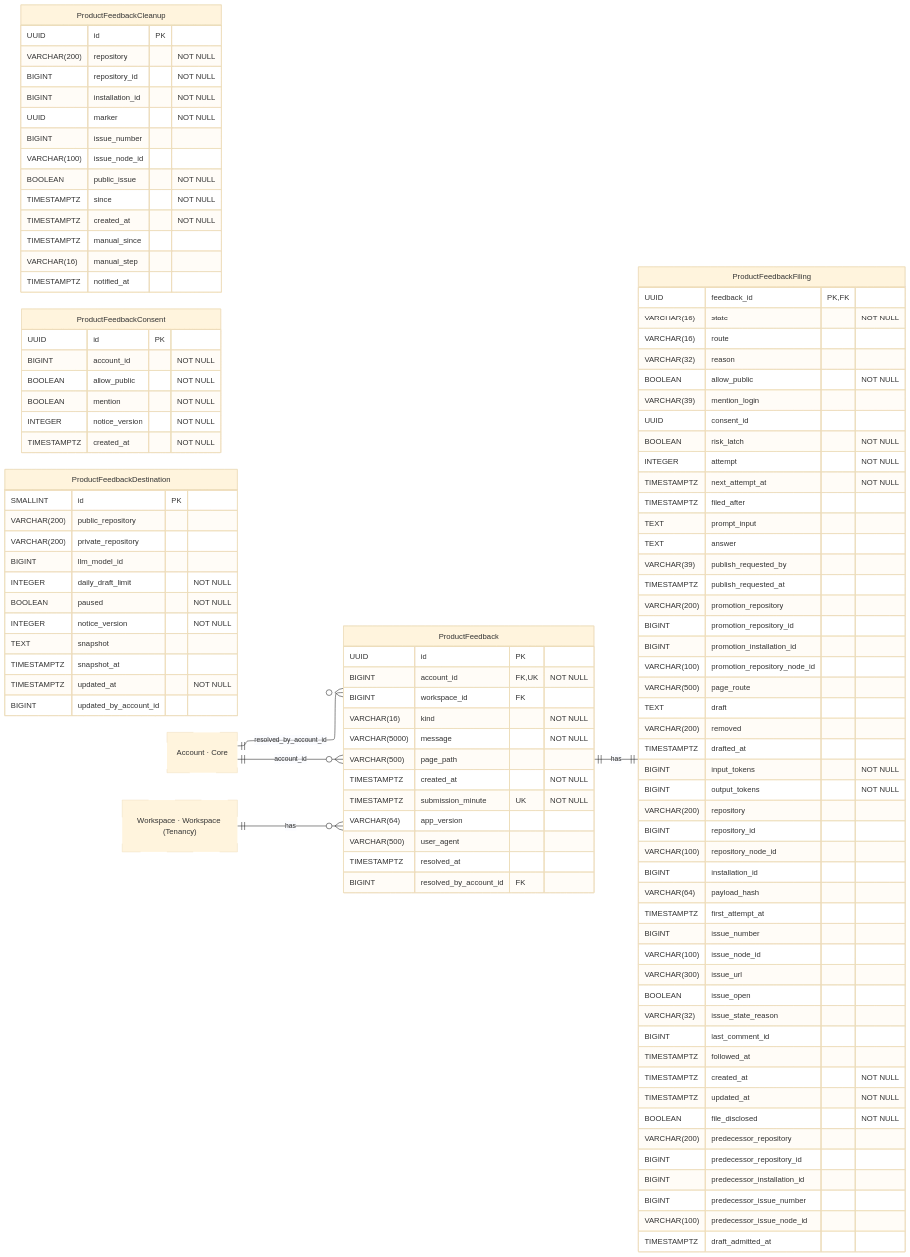
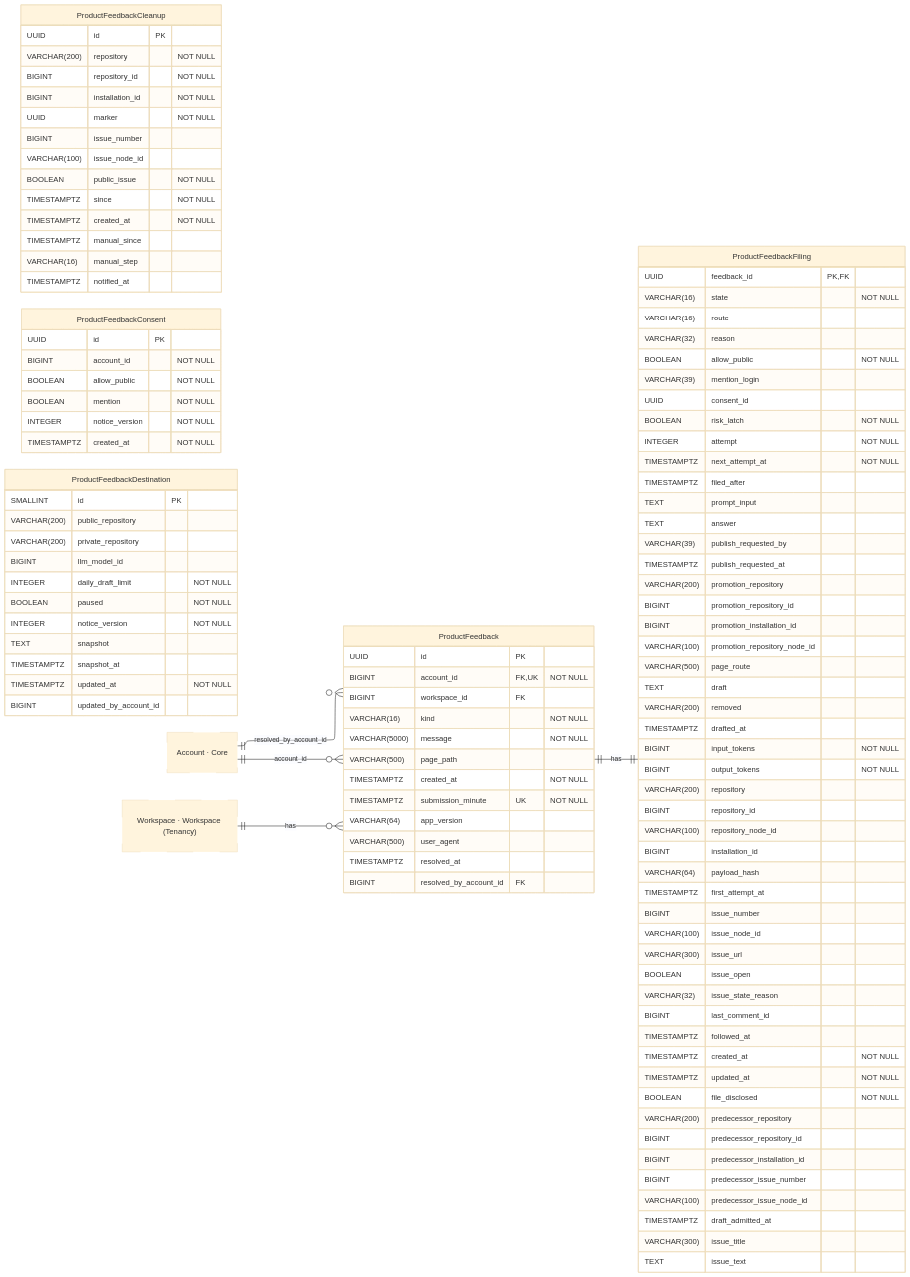
The diagram in docs/contributor/erd/productfeedback.mmd (hephaestus-build/Hephaestus), drawn with Mermaid (base theme) before and after one commit. The commit also changed 23 other files, not shown here.

```diff
--- a/docs/contributor/erd/productfeedback.mmd
+++ b/docs/contributor/erd/productfeedback.mmd
@@ -1,135 +1,137 @@
 ---
 config:
     layout: elk
 ---
 erDiagram
     %% Generated automatically from PostgreSQL database schema
     %% using scripts/generate-mermaid-erd.ts
     %% To regenerate: vp run db:generate-erd-docs
 
     direction LR
 
     ProductFeedback {
         UUID id PK
         BIGINT account_id FK,UK "NOT NULL"
         BIGINT workspace_id FK
         VARCHAR(16) kind "NOT NULL"
         VARCHAR(5000) message "NOT NULL"
         VARCHAR(500) page_path
         TIMESTAMPTZ created_at "NOT NULL"
         TIMESTAMPTZ submission_minute UK "NOT NULL"
         VARCHAR(64) app_version
         VARCHAR(500) user_agent
         TIMESTAMPTZ resolved_at
         BIGINT resolved_by_account_id FK
     }
 
     ProductFeedbackCleanup {
         UUID id PK
         VARCHAR(200) repository "NOT NULL"
         BIGINT repository_id "NOT NULL"
         BIGINT installation_id "NOT NULL"
         UUID marker "NOT NULL"
         BIGINT issue_number
         VARCHAR(100) issue_node_id
         BOOLEAN public_issue "NOT NULL"
         TIMESTAMPTZ since "NOT NULL"
         TIMESTAMPTZ created_at "NOT NULL"
         TIMESTAMPTZ manual_since
         VARCHAR(16) manual_step
         TIMESTAMPTZ notified_at
     }
 
     ProductFeedbackConsent {
         UUID id PK
         BIGINT account_id "NOT NULL"
         BOOLEAN allow_public "NOT NULL"
         BOOLEAN mention "NOT NULL"
         INTEGER notice_version "NOT NULL"
         TIMESTAMPTZ created_at "NOT NULL"
     }
 
     ProductFeedbackDestination {
         SMALLINT id PK
         VARCHAR(200) public_repository
         VARCHAR(200) private_repository
         BIGINT llm_model_id
         INTEGER daily_draft_limit "NOT NULL"
         BOOLEAN paused "NOT NULL"
         INTEGER notice_version "NOT NULL"
         TEXT snapshot
         TIMESTAMPTZ snapshot_at
         TIMESTAMPTZ updated_at "NOT NULL"
         BIGINT updated_by_account_id
     }
 
     ProductFeedbackFiling {
         UUID feedback_id PK,FK
         VARCHAR(16) state "NOT NULL"
         VARCHAR(16) route
         VARCHAR(32) reason
         BOOLEAN allow_public "NOT NULL"
         VARCHAR(39) mention_login
         UUID consent_id
         BOOLEAN risk_latch "NOT NULL"
         INTEGER attempt "NOT NULL"
         TIMESTAMPTZ next_attempt_at "NOT NULL"
         TIMESTAMPTZ filed_after
         TEXT prompt_input
         TEXT answer
         VARCHAR(39) publish_requested_by
         TIMESTAMPTZ publish_requested_at
         VARCHAR(200) promotion_repository
         BIGINT promotion_repository_id
         BIGINT promotion_installation_id
         VARCHAR(100) promotion_repository_node_id
         VARCHAR(500) page_route
         TEXT draft
         VARCHAR(200) removed
         TIMESTAMPTZ drafted_at
         BIGINT input_tokens "NOT NULL"
         BIGINT output_tokens "NOT NULL"
         VARCHAR(200) repository
         BIGINT repository_id
         VARCHAR(100) repository_node_id
         BIGINT installation_id
         VARCHAR(64) payload_hash
         TIMESTAMPTZ first_attempt_at
         BIGINT issue_number
         VARCHAR(100) issue_node_id
         VARCHAR(300) issue_url
         BOOLEAN issue_open
         VARCHAR(32) issue_state_reason
         BIGINT last_comment_id
         TIMESTAMPTZ followed_at
         TIMESTAMPTZ created_at "NOT NULL"
         TIMESTAMPTZ updated_at "NOT NULL"
         BOOLEAN file_disclosed "NOT NULL"
         VARCHAR(200) predecessor_repository
         BIGINT predecessor_repository_id
         BIGINT predecessor_installation_id
         BIGINT predecessor_issue_number
         VARCHAR(100) predecessor_issue_node_id
         TIMESTAMPTZ draft_admitted_at
+        VARCHAR(300) issue_title
+        TEXT issue_text
     }
 
     Account["Account · Core"]
     Workspace["Workspace · Workspace (Tenancy)"]
 
     %% Relationships
     %% One-to-One relationships
     ProductFeedback ||--|| ProductFeedbackFiling : has
 
     %% One-to-Many relationships
     Account ||--o{ ProductFeedback : account_id
     Account ||--o{ ProductFeedback : resolved_by_account_id
     Workspace ||--o{ ProductFeedback : has
 
     %% Styling
     classDef primaryEntity stroke-width:2px
     classDef associationEntity stroke-width:1px
     classDef metadataEntity stroke-width:1px
     classDef referenceEntity stroke-dasharray:5 5
 
     class Account referenceEntity
     class Workspace referenceEntity
```
